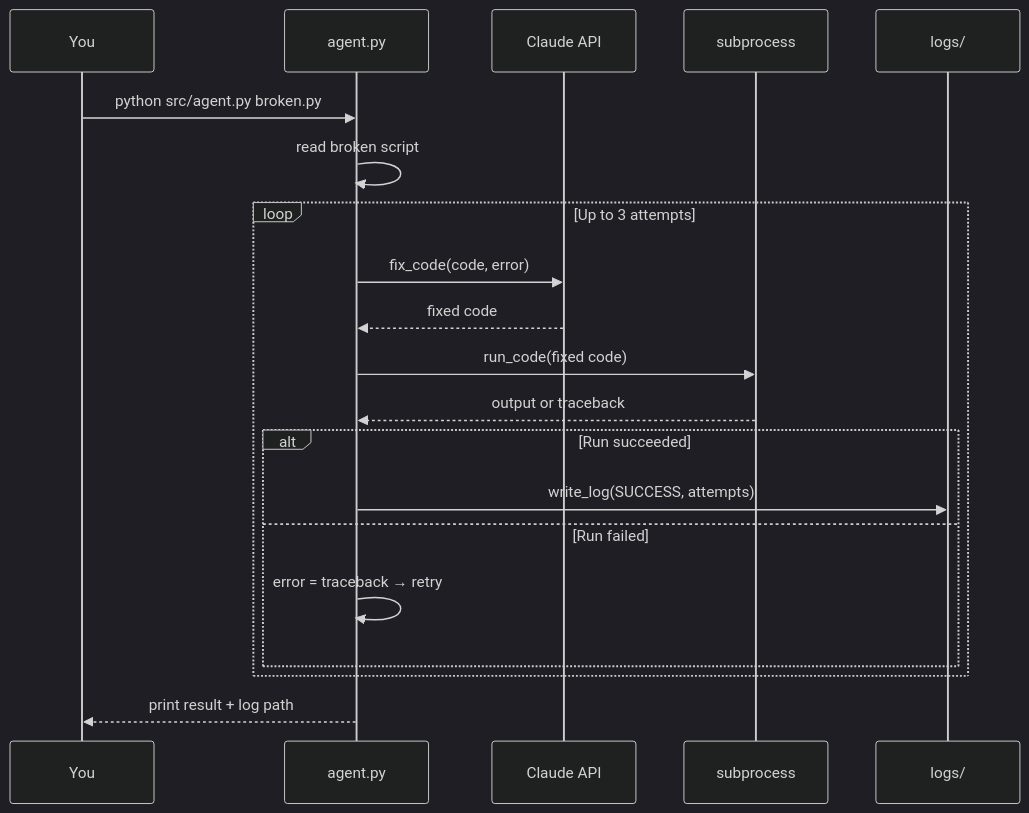
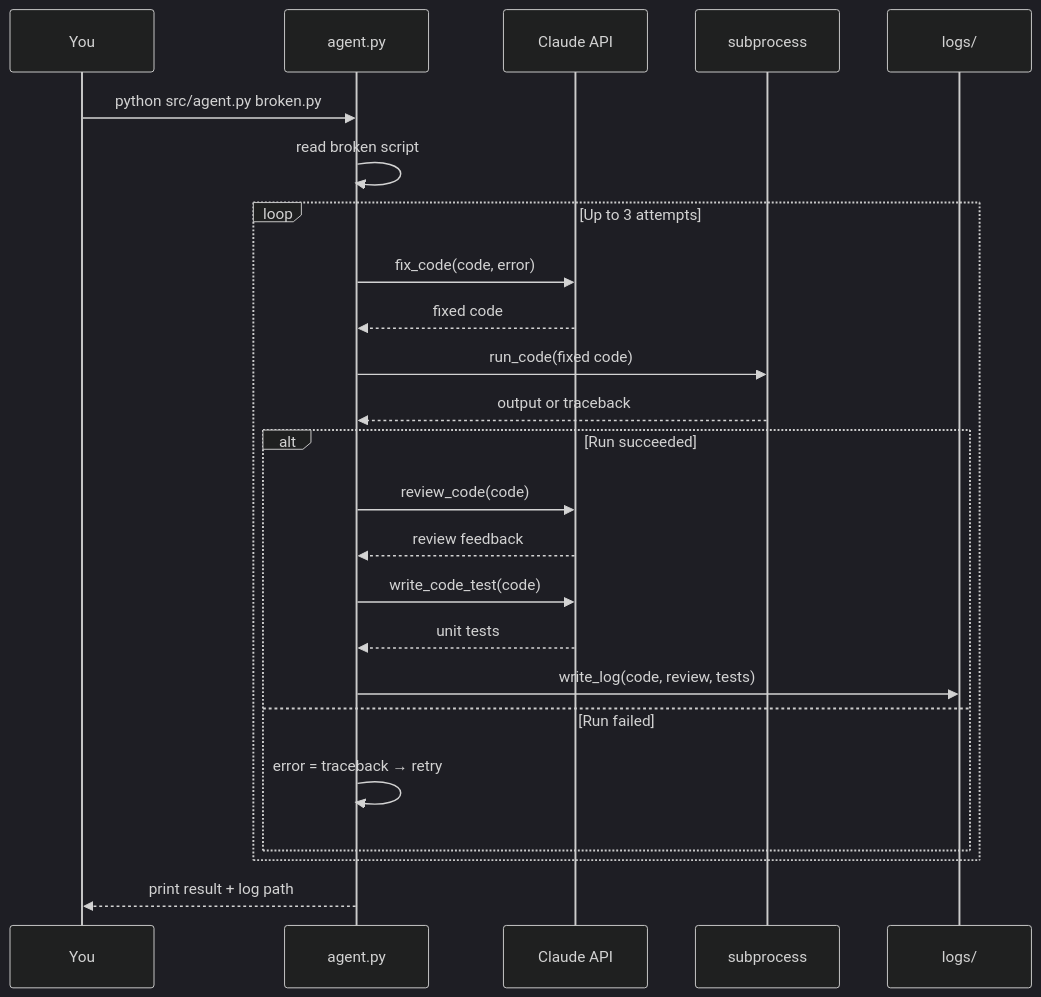
One commit to chiranjivi9/python-script-doctor changed the first of 3 diagrams in README.md. Above: the diagram before and after it, drawn with Mermaid (dark theme). The commit also changed other lines of this file and 10 other files, not shown here.

Commit message:
Add review, test, and log stages to CLI and LangGraph flows

````diff
--- a/README.md
+++ b/README.md
@@ -32,26 +40,30 @@
 ```mermaid
 sequenceDiagram
     participant You
     participant agent.py
     participant Claude API
     participant subprocess
     participant logs/
 
     You->>agent.py: python src/agent.py broken.py
     agent.py->>agent.py: read broken script
 
     loop Up to 3 attempts
         agent.py->>Claude API: fix_code(code, error)
         Claude API-->>agent.py: fixed code
         agent.py->>subprocess: run_code(fixed code)
         subprocess-->>agent.py: output or traceback
 
         alt Run succeeded
-            agent.py->>logs/: write_log(SUCCESS, attempts)
+            agent.py->>Claude API: review_code(code)
+            Claude API-->>agent.py: review feedback
+            agent.py->>Claude API: write_code_test(code)
+            Claude API-->>agent.py: unit tests
+            agent.py->>logs/: write_log(code, review, tests)
         else Run failed
             agent.py->>agent.py: error = traceback → retry
         end
     end
 
     agent.py-->>You: print result + log path
 ```
````
